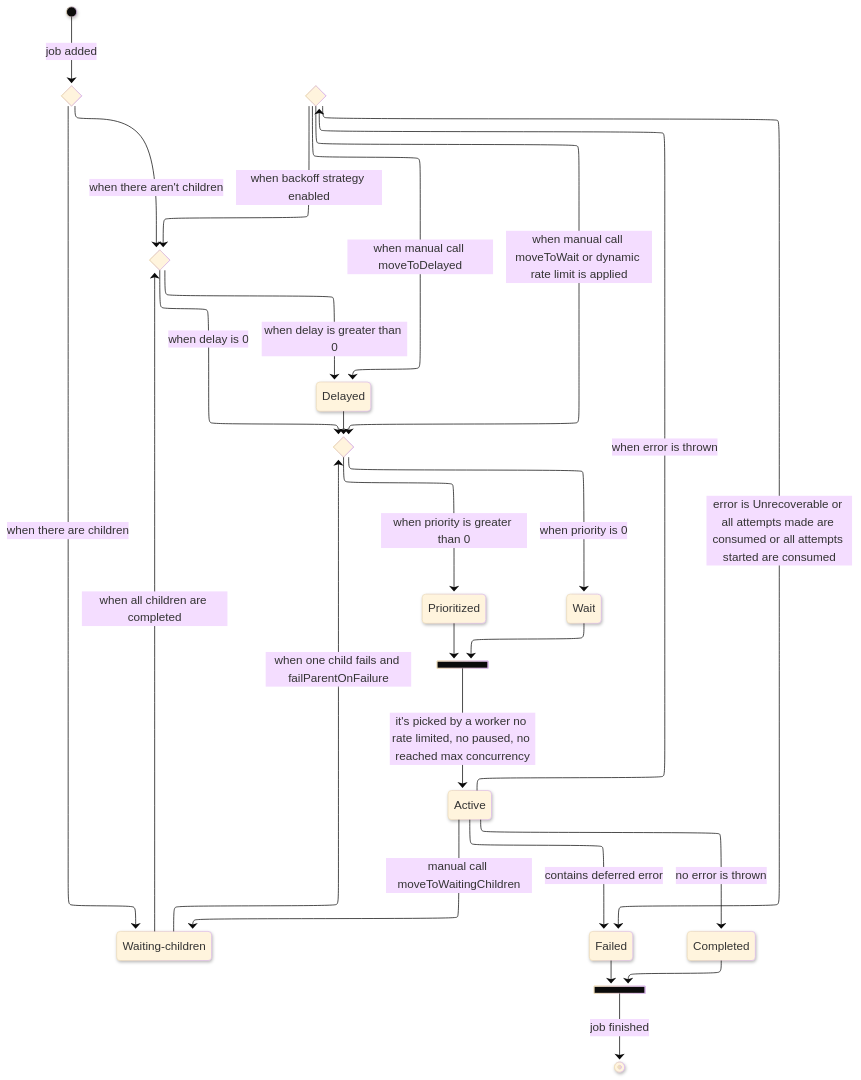
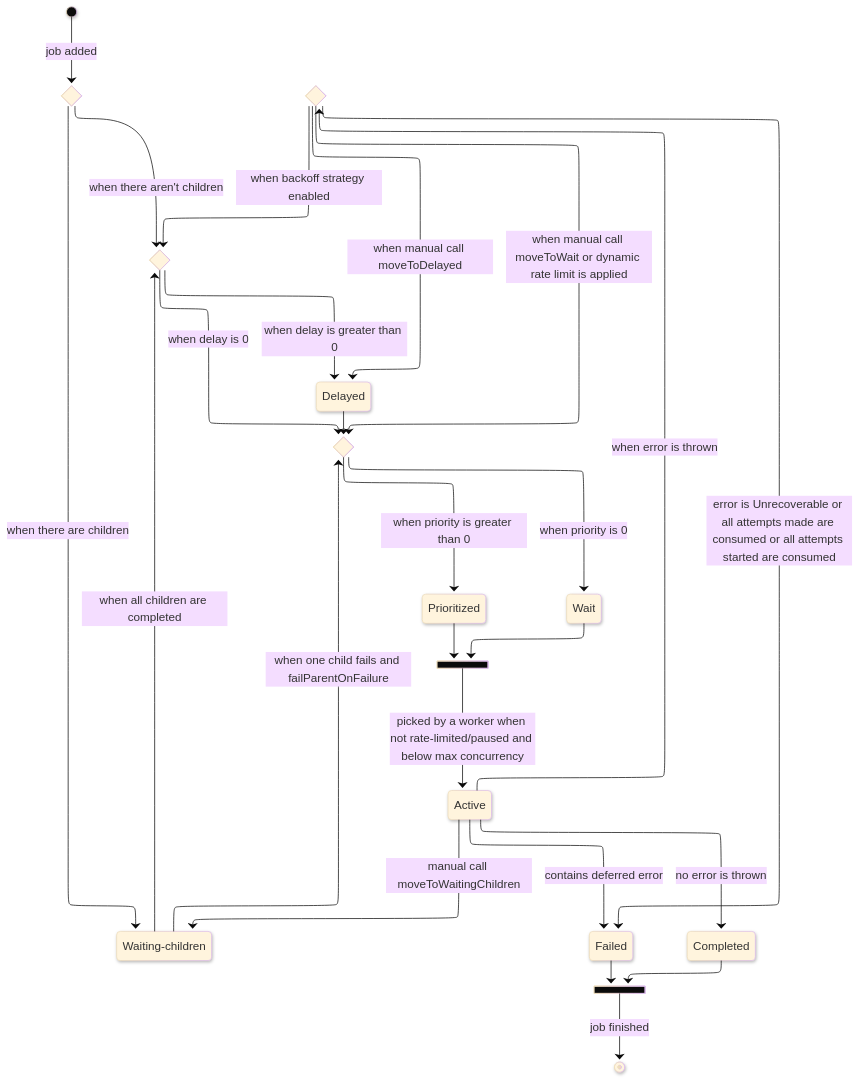
Before and after one commit to taskforcesh/bullmq: the diagram in docs/gitbook/.gitbook/assets/flow-architecture.mmd, drawn with Mermaid (base theme).

```diff
--- a/docs/gitbook/.gitbook/assets/flow-architecture.mmd
+++ b/docs/gitbook/.gitbook/assets/flow-architecture.mmd
@@ -1,38 +1,38 @@
 ---
 config:
   layout: elk
   look: neo
 ---
 stateDiagram
   direction TB
   state jobAdded <<choice>>
   state delayChoice <<choice>>
   state priorityChoice <<choice>>
   state errorChoice <<choice>>
   state jobFinished <<join>>
   state workerPickup <<join>>
   [*] --> jobAdded:job added
   jobAdded --> WaitingChildren:when there are children
   jobAdded --> delayChoice:when there aren't children
   delayChoice --> priorityChoice:when delay is 0
   delayChoice --> Delayed:when delay is greater than 0
   priorityChoice --> Prioritized:when priority is greater than 0
   priorityChoice --> Wait:when priority is 0
   WaitingChildren --> delayChoice:when all children are completed
   WaitingChildren --> priorityChoice:when one child fails and failParentOnFailure
   Delayed --> priorityChoice
   errorChoice --> delayChoice:when backoff strategy enabled
   errorChoice --> Delayed:when manual call moveToDelayed
   errorChoice --> priorityChoice:when manual call moveToWait or dynamic rate limit is applied
   errorChoice --> Failed:error is Unrecoverable or all attempts made are consumed or all attempts started are consumed
   Prioritized --> workerPickup
   Wait --> workerPickup
-  workerPickup --> Active:it's picked by a worker no rate limited, no paused, no reached max concurrency
+  workerPickup --> Active:picked by a worker when not rate-limited/paused and below max concurrency
   Active --> errorChoice:when error is thrown
   Active --> Failed:contains deferred error
   Active --> WaitingChildren:manual call moveToWaitingChildren
   Active --> Completed:no error is thrown
   Completed --> jobFinished
   Failed --> jobFinished
   jobFinished --> [*]:job finished
   WaitingChildren:Waiting-children
```
